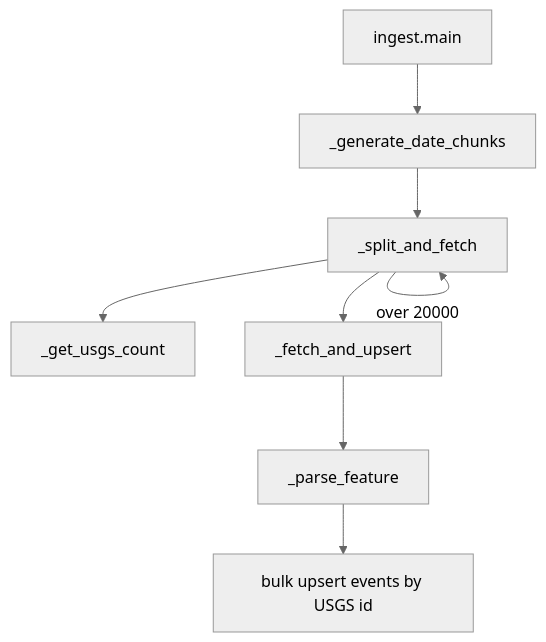
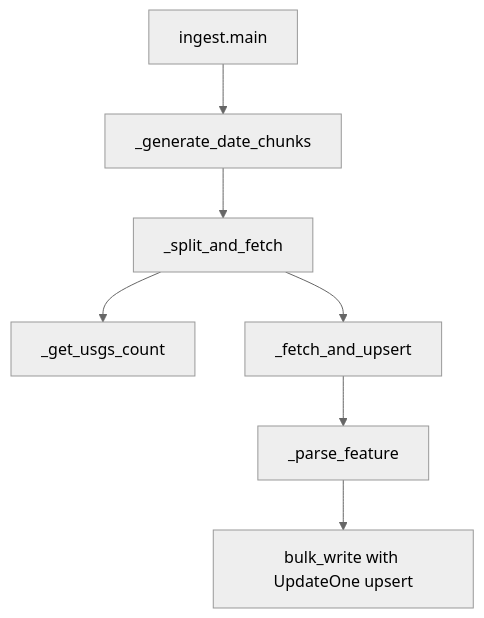
The second of 4 diagrams in FLOW.md (033-Archita/QuakeSwarm), drawn with Mermaid (neutral theme) before and after one commit. The commit also changed other lines of this file and 17 other files, not shown here.

````diff
--- a/FLOW.md
+++ b/FLOW.md
@@ -93,10 +78,9 @@
 ```mermaid
 flowchart TD
   A[ingest.main] --> B[_generate_date_chunks]
   B --> C[_split_and_fetch]
   C --> D[_get_usgs_count]
-  C -->|over 20000| C
   C --> E[_fetch_and_upsert]
   E --> F[_parse_feature]
-  F --> G[bulk upsert events by USGS id]
+  F --> G[bulk_write with UpdateOne upsert]
 ```
````
